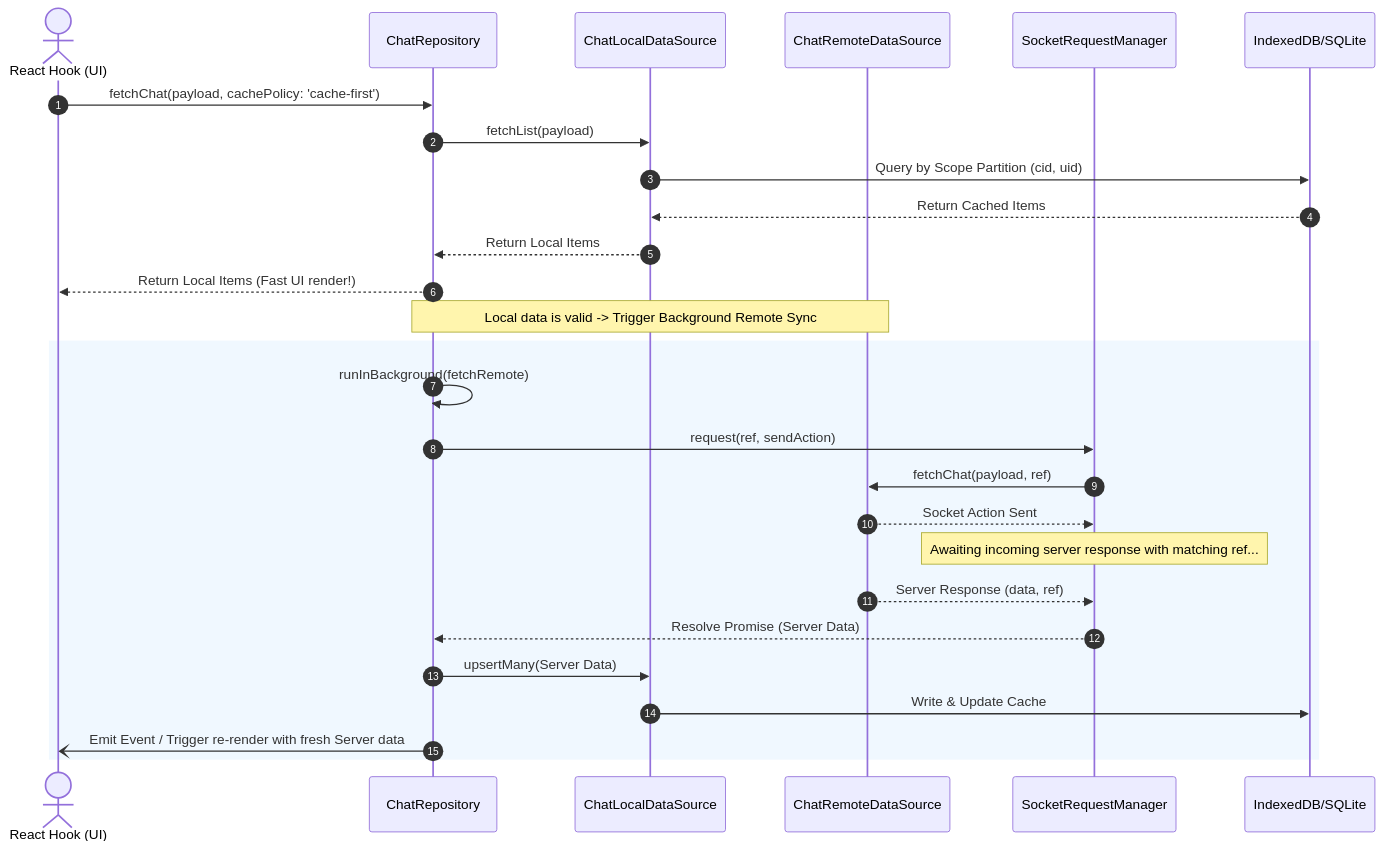
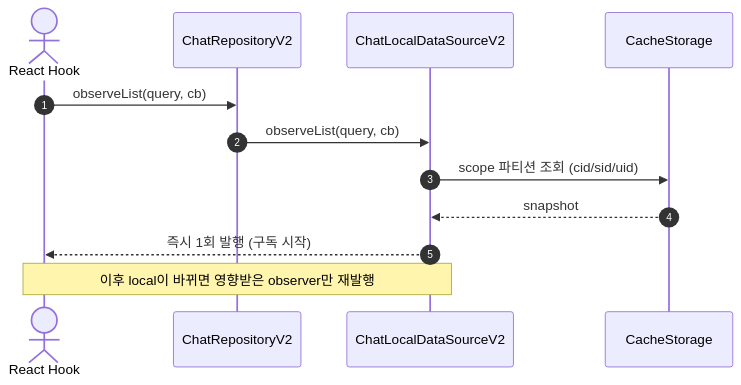
The third of 5 diagrams in libs/data/README.md (lemoncloud-io/dou-app), drawn with Mermaid before and after one commit. The commit also changed other lines of this file, not shown here.

First line of the commit message:
docs: update README for @chatic/data module

````diff
--- a/libs/data/README.md
+++ b/libs/data/README.md
@@ -235,32 +155,15 @@
 ```mermaid
-%% Slide 1: Query Flow (cache-first)
 sequenceDiagram
     autonumber
-    actor UI as React Hook (UI)
-    participant Repo as ChatRepository
-    participant LDS as ChatLocalDataSource
-    participant RDS as ChatRemoteDataSource
-    participant Socket as SocketRequestManager
-    participant DB as IndexedDB/SQLite
+    actor UI as React Hook
+    participant Repo as ChatRepositoryV2
+    participant LDS as ChatLocalDataSourceV2
+    participant DB as CacheStorage
 
-    UI->>Repo: fetchChat(payload, cachePolicy: 'cache-first')
-    Repo->>LDS: fetchList(payload)
-    LDS->>DB: Query by Scope Partition (cid, uid)
-    DB-->>LDS: Return Cached Items
-    LDS-->>Repo: Return Local Items
-    Repo-->>UI: Return Local Items (Fast UI render!)
-
-    Note over Repo, RDS: Local data is valid -> Trigger Background Remote Sync
-    rect rgb(240, 248, 255)
-        Repo->>Repo: runInBackground(fetchRemote)
-        Repo->>Socket: request(ref, sendAction)
-        Socket->>RDS: fetchChat(payload, ref)
-        RDS-->>Socket: Socket Action Sent
-        Note over Socket: Awaiting incoming server response with matching ref...
-        RDS-->>Socket: Server Response (data, ref)
-        Socket-->>Repo: Resolve Promise (Server Data)
-        Repo->>LDS: upsertMany(Server Data)
-        LDS->>DB: Write & Update Cache
-        Repo-)UI: Emit Event / Trigger re-render with fresh Server data
-    end
+    UI->>Repo: observeList(query, cb)
+    Repo->>LDS: observeList(query, cb)
+    LDS->>DB: scope 파티션 조회 (cid/sid/uid)
+    DB-->>LDS: snapshot
+    LDS-->>UI: 즉시 1회 발행 (구독 시작)
+    Note over LDS,UI: 이후 local이 바뀌면 영향받은 observer만 재발행
 ```
````
